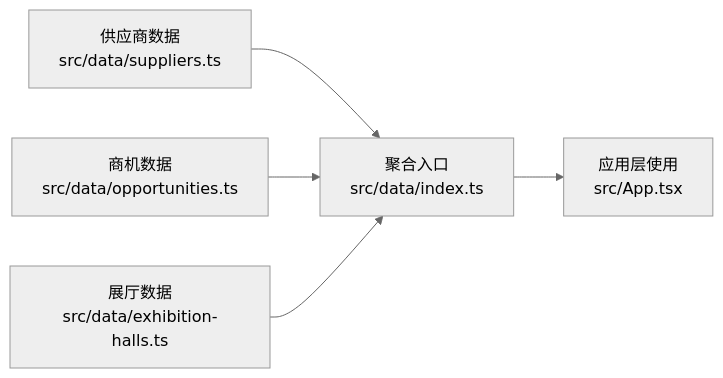
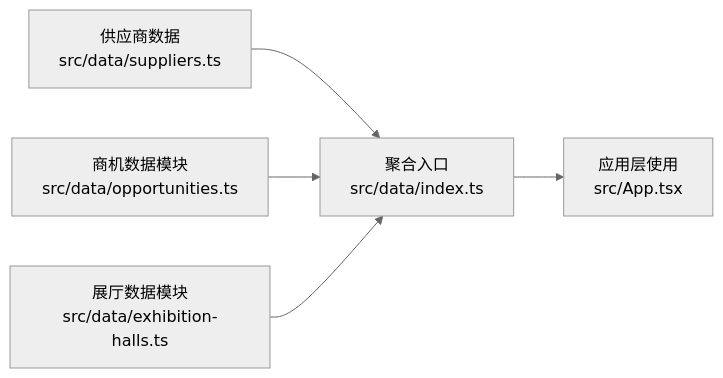
Before and after one commit to Hu-Right/supply-os: the seventh of 8 diagrams in .qoder/repowiki/zh/content/数据管理/展览数据管理/展览数据管理.md, drawn with Mermaid (neutral theme). The commit also changed other lines of this file and 33 other files, not shown here.

````diff
--- a/.qoder/repowiki/zh/content/数据管理/展览数据管理/展览数据管理.md
+++ b/.qoder/repowiki/zh/content/数据管理/展览数据管理/展览数据管理.md
@@ -282,7 +350,7 @@
 ```mermaid
 graph LR
 S["供应商数据<br/>src/data/suppliers.ts"] --> P["聚合入口<br/>src/data/index.ts"]
-O["商机数据<br/>src/data/opportunities.ts"] --> P
-H["展厅数据<br/>src/data/exhibition-halls.ts"] --> P
+O["商机数据模块<br/>src/data/opportunities.ts"] --> P
+H["展厅数据模块<br/>src/data/exhibition-halls.ts"] --> P
 P --> UI["应用层使用<br/>src/App.tsx"]
 ```
````
